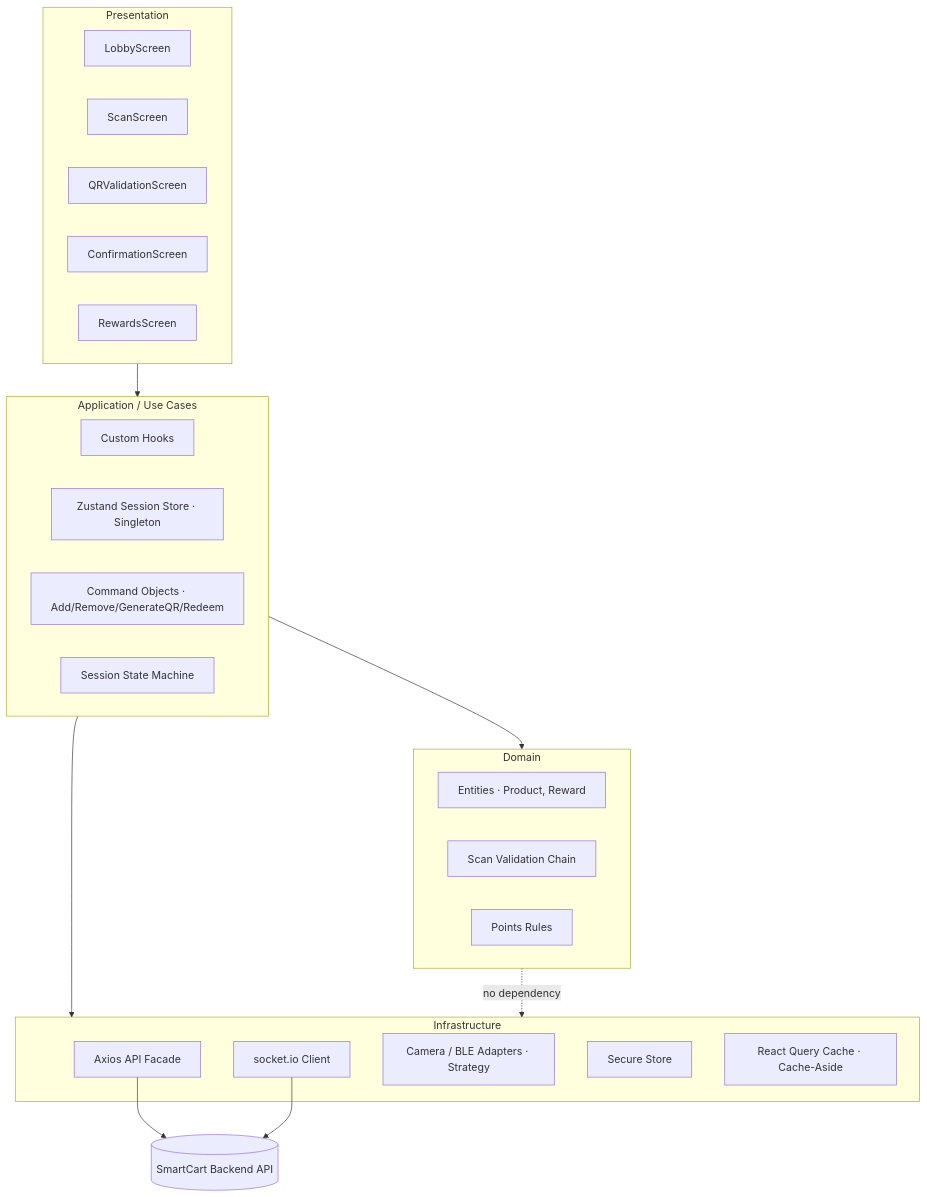
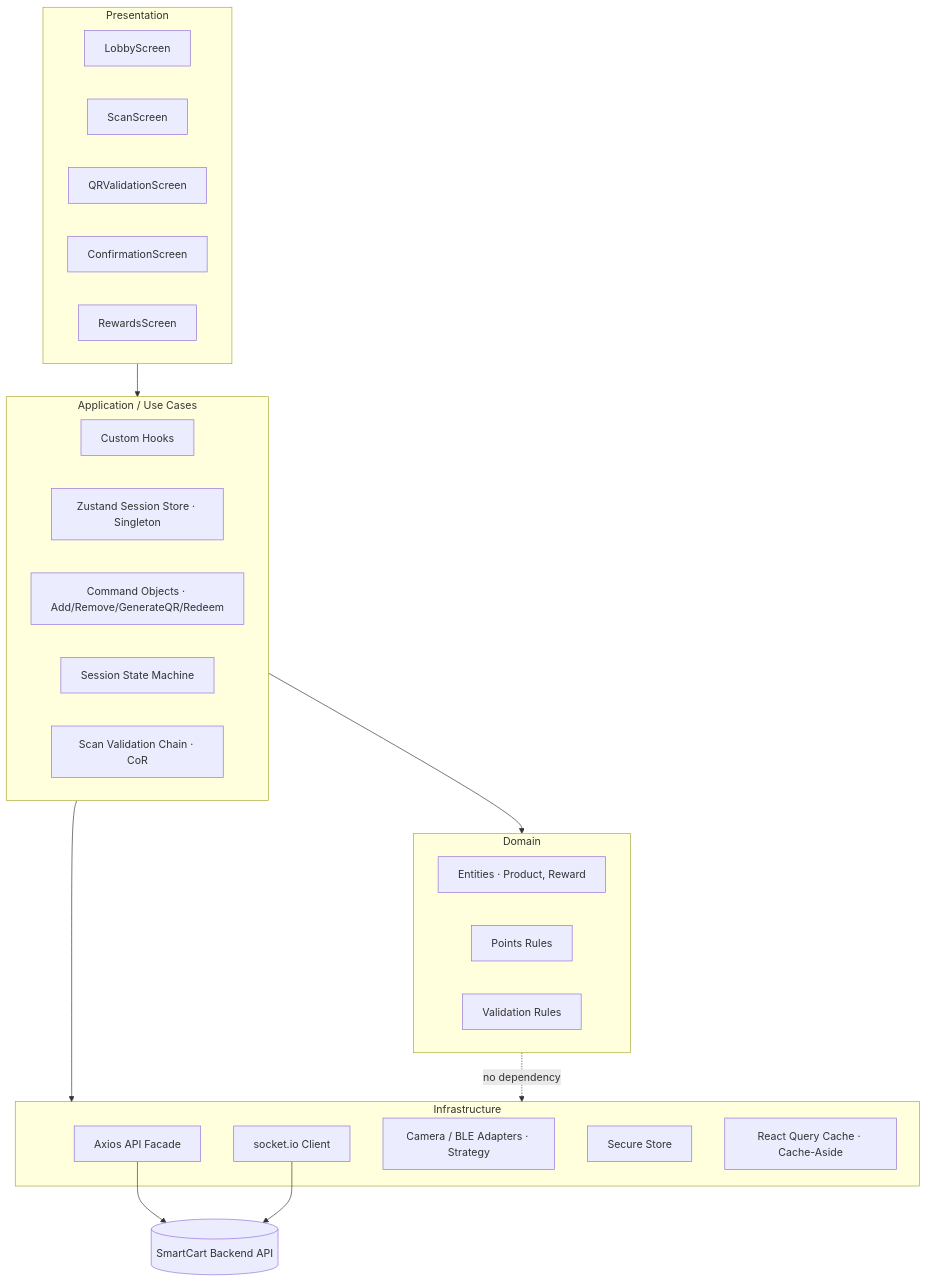
One commit to davlm05/IICaso_DiseSoftware changed the second of 2 diagrams in README.md. Above: the diagram before and after it, drawn with Mermaid. The commit also changed other lines of this file, not shown here.

````diff
--- a/README.md
+++ b/README.md
@@ -409,38 +409,39 @@
 ```mermaid
 flowchart TD
     subgraph Presentation
         S1[LobbyScreen]
         S2[ScanScreen]
         S3[QRValidationScreen]
         S4[ConfirmationScreen]
         S5[RewardsScreen]
     end
 
     subgraph Application["Application / Use Cases"]
         H[Custom Hooks]
         ST[Zustand Session Store · Singleton]
         CMD[Command Objects · Add/Remove/GenerateQR/Redeem]
         SM[Session State Machine]
+        VAL[Scan Validation Chain · CoR]
     end
 
     subgraph Domain
         ENT[Entities · Product, Reward]
-        VAL[Scan Validation Chain]
         RULES[Points Rules]
+        VRULES[Validation Rules]
     end
 
     subgraph Infrastructure
         API[Axios API Facade]
         WS[socket.io Client]
         CAM[Camera / BLE Adapters · Strategy]
         SEC[Secure Store]
         RQ[React Query Cache · Cache-Aside]
     end
 
     Presentation --> Application
     Application --> Domain
     Application --> Infrastructure
     Domain -.no dependency.-> Infrastructure
     API --> Backend[(SmartCart Backend API)]
     WS --> Backend
 ```
````
